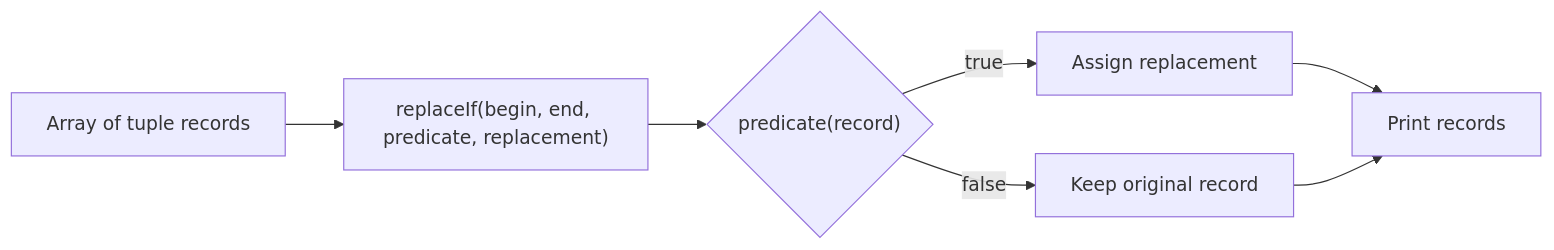
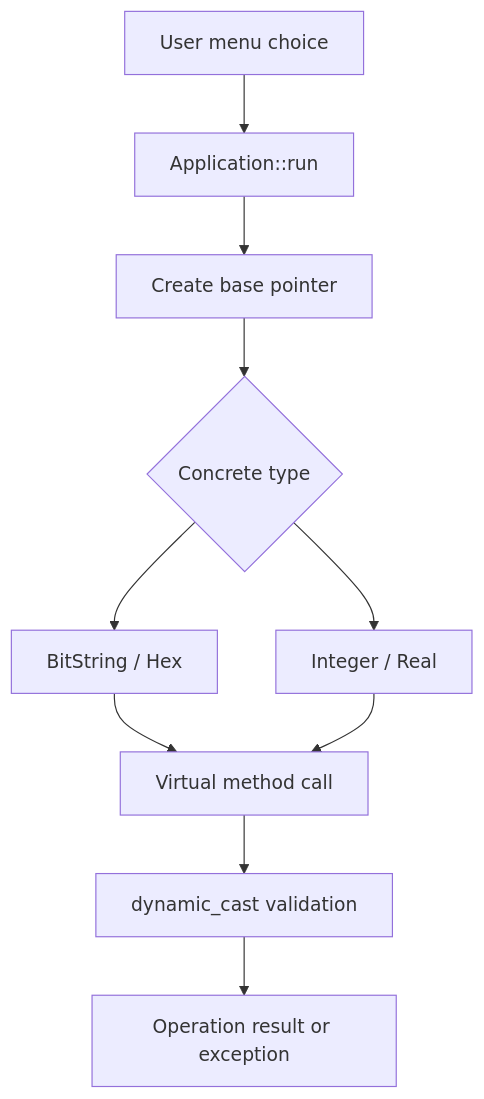
One commit to GOGSIM/BMSTU changed the seventh of 7 diagrams in README.md. Above: the diagram before and after it, drawn with Mermaid. The commit also changed other lines of this file and 11 other files, not shown here.

````diff
--- a/README.md
+++ b/README.md
@@ -344,9 +604,12 @@
 ```mermaid
-flowchart LR
-    A["Array of tuple records"] --> B["replaceIf(begin, end, predicate, replacement)"]
-    B --> C{"predicate(record)"}
-    C -->|true| D["Assign replacement"]
-    C -->|false| E["Keep original record"]
-    D --> F["Print records"]
+flowchart TD
+    U["User menu choice"] --> A["Application::run"]
+    A --> B["Create base pointer"]
+    B --> C{"Concrete type"}
+    C --> D["BitString / Hex"]
+    C --> E["Integer / Real"]
+    D --> F["Virtual method call"]
     E --> F
+    F --> G["dynamic_cast validation"]
+    G --> H["Operation result or exception"]
 ```
````
